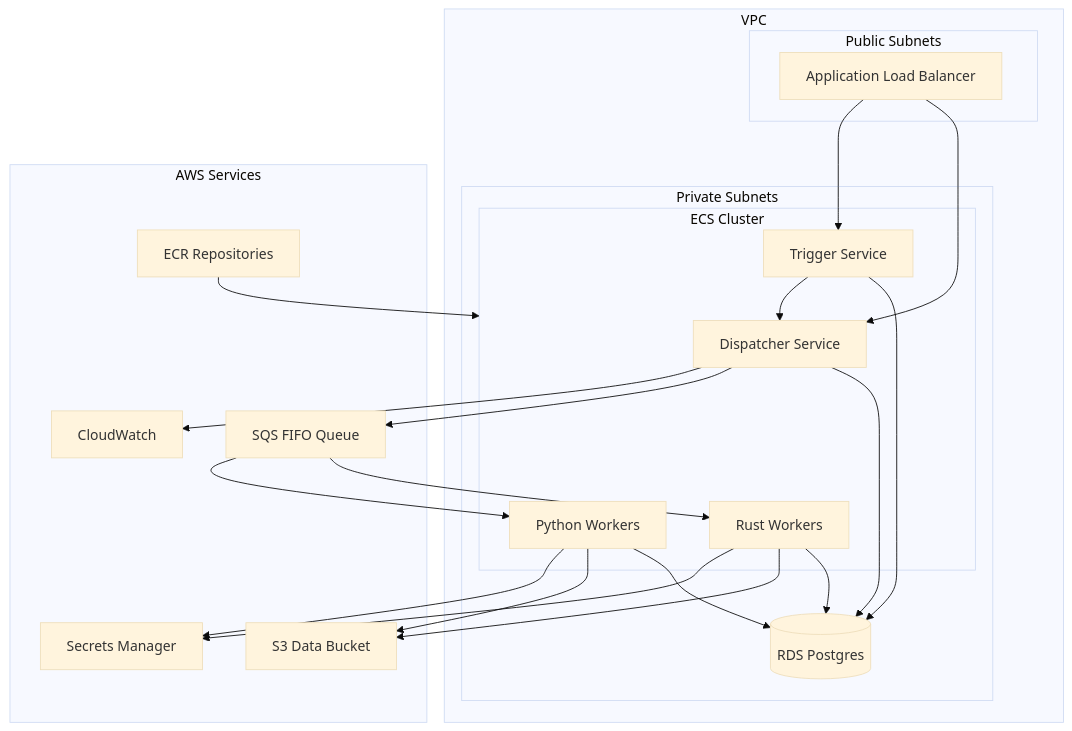
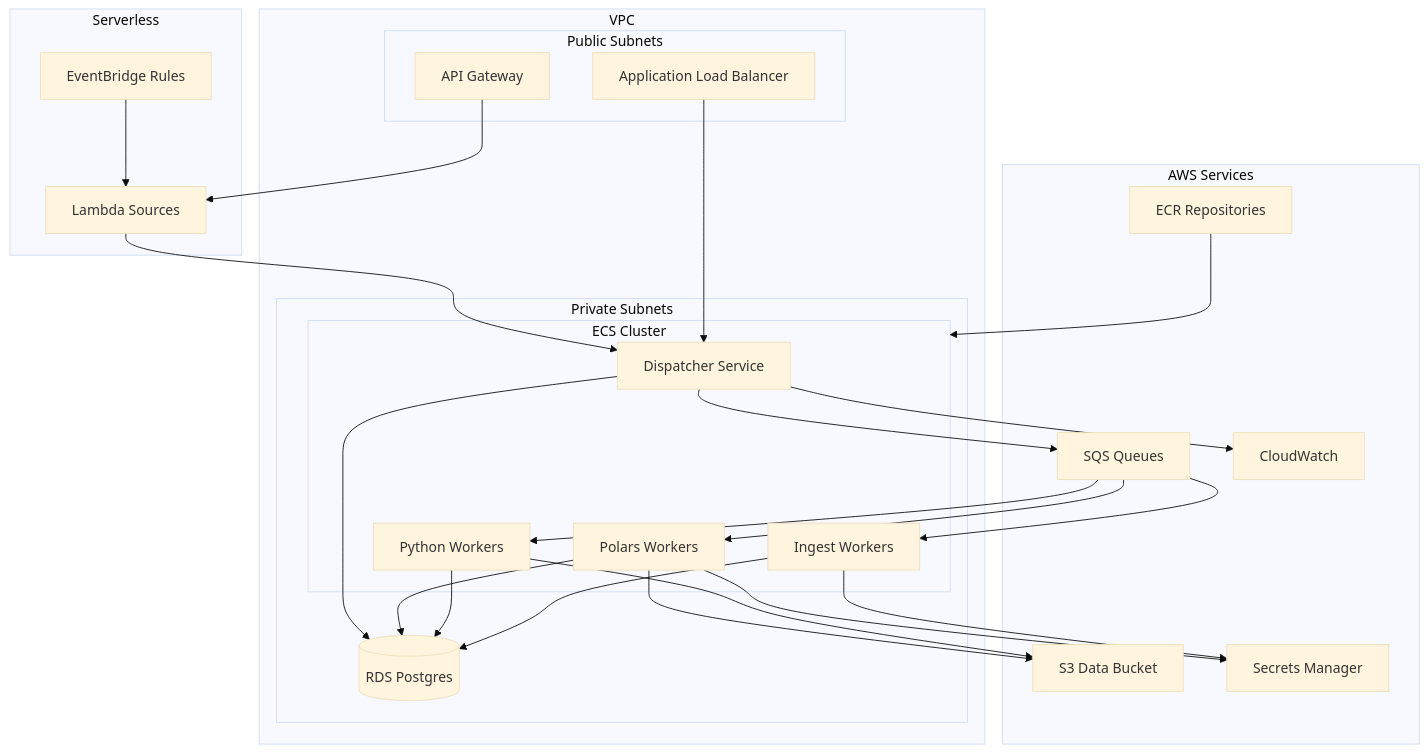
The seventh of 7 diagrams in docs/architecture/architecture.md (c7121/trace), drawn with Mermaid (base theme) before and after one commit. The commit also changed other lines of this file and 17 other files, not shown here.

````diff
--- a/docs/architecture/architecture.md
+++ b/docs/architecture/architecture.md
@@ -877,50 +755,58 @@
 ```mermaid
 flowchart TB
     subgraph VPC["VPC"]
         subgraph Public["Public Subnets"]
             ALB[Application Load Balancer]
+            APIGW[API Gateway]
         end
         
         subgraph Private["Private Subnets"]
             subgraph ECS["ECS Cluster"]
                 DISPATCHER_SVC[Dispatcher Service]
-                TRIGGER_SVC[Trigger Service]
-                RUST_WORKERS[Rust Workers]
+                POLARS_WORKERS[Polars Workers]
                 PYTHON_WORKERS[Python Workers]
+                INGEST_WORKERS[Ingest Workers]
             end
             
             RDS[(RDS Postgres)]
         end
     end
     
+    subgraph Serverless["Serverless"]
+        EVENTBRIDGE[EventBridge Rules]
+        LAMBDA[Lambda Sources]
+    end
+    
     subgraph AWS_Services["AWS Services"]
-        SQS_QUEUE[SQS FIFO Queue]
+        SQS_QUEUES[SQS Queues]
         S3_BUCKET[S3 Data Bucket]
         ECR[ECR Repositories]
         CW[CloudWatch]
         SM[Secrets Manager]
     end
     
+    EVENTBRIDGE --> LAMBDA
+    APIGW --> LAMBDA
+    LAMBDA --> DISPATCHER_SVC
+    
     ALB --> DISPATCHER_SVC
-    ALB --> TRIGGER_SVC
     
     DISPATCHER_SVC --> RDS
-    DISPATCHER_SVC --> SQS_QUEUE
+    DISPATCHER_SVC --> SQS_QUEUES
     DISPATCHER_SVC --> CW
     
-    TRIGGER_SVC --> RDS
-    TRIGGER_SVC --> DISPATCHER_SVC
+    SQS_QUEUES --> POLARS_WORKERS
+    SQS_QUEUES --> PYTHON_WORKERS
+    SQS_QUEUES --> INGEST_WORKERS
     
-    SQS_QUEUE --> RUST_WORKERS
-    SQS_QUEUE --> PYTHON_WORKERS
-    
-    RUST_WORKERS --> RDS
-    RUST_WORKERS --> S3_BUCKET
+    POLARS_WORKERS --> RDS
+    POLARS_WORKERS --> S3_BUCKET
     PYTHON_WORKERS --> RDS
     PYTHON_WORKERS --> S3_BUCKET
+    INGEST_WORKERS --> RDS
     
-    RUST_WORKERS --> SM
-    PYTHON_WORKERS --> SM
+    POLARS_WORKERS --> SM
+    INGEST_WORKERS --> SM
     
     ECR --> ECS
 ```
````
